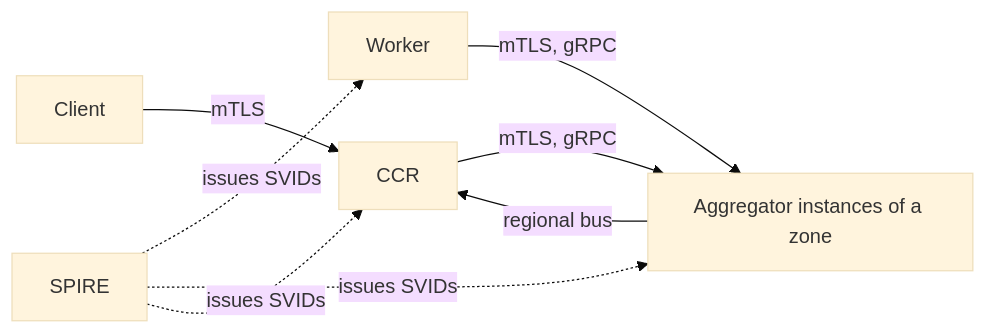
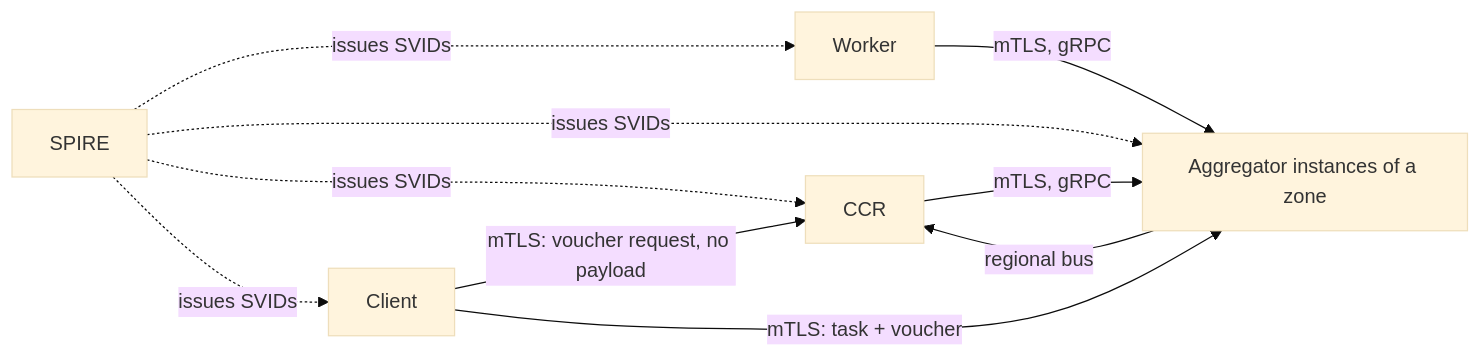
One commit to dev-rb-hub/a2a-control-plane changed the diagram in spec/06-threat-model.md. Above: the diagram before and after it, drawn with Mermaid (base theme). The commit also changed other lines of this file and 30 other files, not shown here.

````diff
--- a/spec/06-threat-model.md
+++ b/spec/06-threat-model.md
@@ -21,10 +21,12 @@
 ```mermaid
 flowchart LR
-    Client[Client] -->|mTLS| CCR[CCR]
-    CCR -->|mTLS, gRPC| RA[Aggregator instances of a zone]
+    Client[Client] -->|mTLS: voucher request, no payload| CCR[CCR]
+    Client -->|mTLS: task + voucher| RA[Aggregator instances of a zone]
+    CCR -->|mTLS, gRPC| RA
     RA -->|regional bus| CCR
     W[Worker] -->|mTLS, gRPC| RA
     SPIRE[SPIRE] -. issues SVIDs .-> W
     SPIRE -. issues SVIDs .-> RA
     SPIRE -. issues SVIDs .-> CCR
+    SPIRE -. issues SVIDs .-> Client
 ```
````
